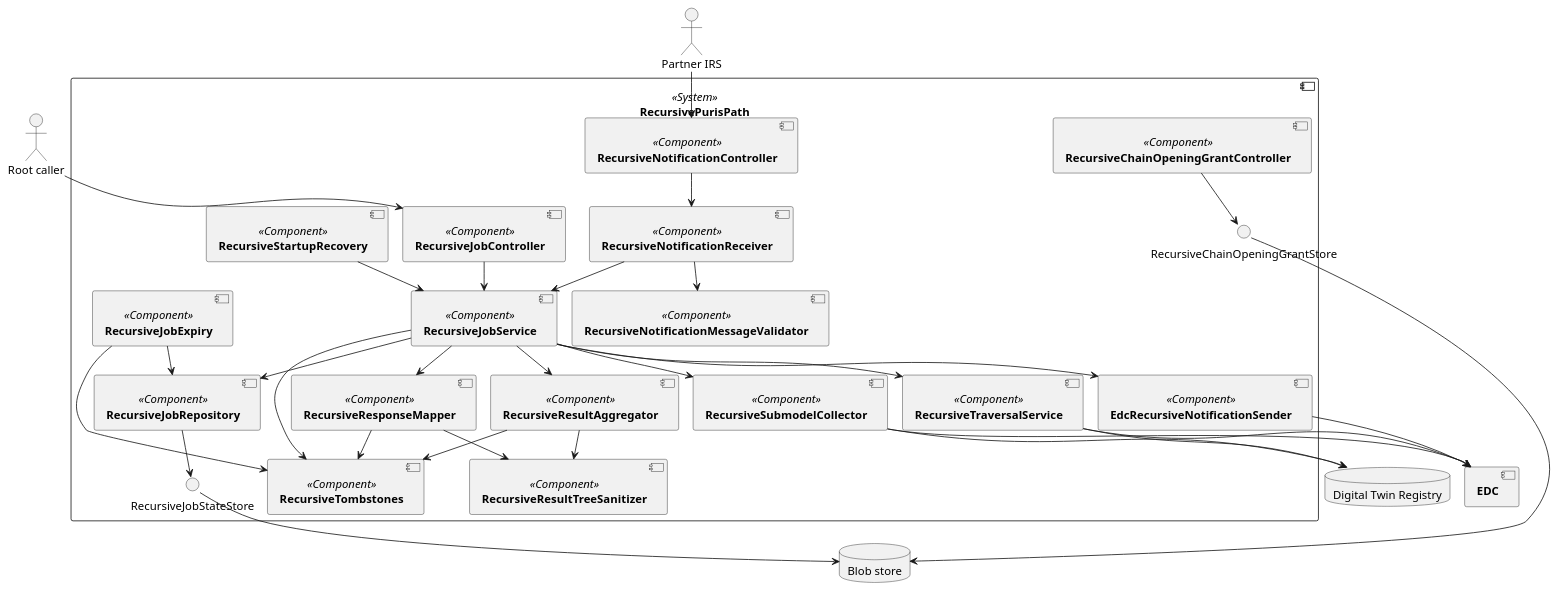
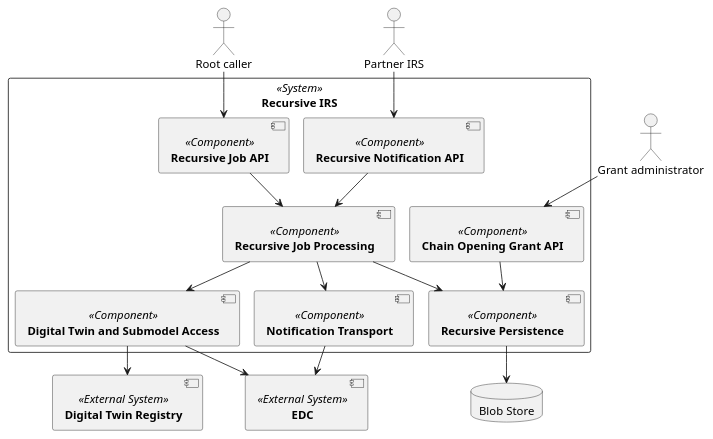
One commit to eclipse-tractusx/item-relationship-service changed the diagram in docs/src/uml-diagrams/building-block-view/level-2-int-recursive-puris.puml. Above: the diagram before and after it, drawn with PlantUML. The commit also changed 11 other files, not shown here.

First line of the commit message:
docs(recursive):[#1607] complete operations and architecture guidance

```diff
--- a/docs/src/uml-diagrams/building-block-view/level-2-int-recursive-puris.puml
+++ b/docs/src/uml-diagrams/building-block-view/level-2-int-recursive-puris.puml
@@ -1,65 +1,42 @@
 @startuml
 !pragma layout smetana
 skinparam monochrome true
 skinparam shadowing false
 skinparam linetype ortho
 skinparam defaultFontName "Architects daughter"
 
-component [**RecursivePurisPath**] <<System>> as RecursivePuris {
-    component [**RecursiveJobController**] <<Component>> as JobController
-    component [**RecursiveChainOpeningGrantController**] <<Component>> as GrantController
-    component [**RecursiveNotificationController**] <<Component>> as NotificationController
-    component [**RecursiveNotificationReceiver**] <<Component>> as NotificationReceiver
-    component [**RecursiveJobService**] <<Component>> as JobService
-    component [**RecursiveJobRepository**] <<Component>> as Repository
-    component [**RecursiveTraversalService**] <<Component>> as Traversal
-    component [**RecursiveSubmodelCollector**] <<Component>> as Collector
-    component [**RecursiveNotificationMessageValidator**] <<Component>> as Validator
-    component [**RecursiveResultAggregator**] <<Component>> as Aggregator
-    component [**RecursiveResponseMapper**] <<Component>> as ResponseMapper
-    component [**RecursiveResultTreeSanitizer**] <<Component>> as Sanitizer
-    component [**RecursiveTombstones**] <<Component>> as Tombstones
-    component [**EdcRecursiveNotificationSender**] <<Component>> as NotificationSender
-    component [**RecursiveJobExpiry**] <<Component>> as Expiry
-    component [**RecursiveStartupRecovery**] <<Component>> as Recovery
-    interface RecursiveJobStateStore
-    interface RecursiveChainOpeningGrantStore
+actor "Root caller" as RootCaller
+actor "Partner IRS" as PartnerIrs
+actor "Grant administrator" as GrantAdministrator
+
+rectangle "Recursive IRS" <<System>> as RecursiveIrs {
+    component [**Recursive Job API**] <<Component>> as JobApi
+    component [**Recursive Notification API**] <<Component>> as NotificationApi
+    component [**Chain Opening Grant API**] <<Component>> as GrantApi
+    component [**Recursive Job Processing**] <<Component>> as JobProcessing
+    component [**Digital Twin and Submodel Access**] <<Component>> as DataAccess
+    component [**Notification Transport**] <<Component>> as NotificationTransport
+    component [**Recursive Persistence**] <<Component>> as Persistence
 }
 
-actor "Root caller" as RootCaller
-actor "Partner IRS" as PartnerIrs
-database "Digital Twin Registry" as DTR
-component [**EDC**] as EDC
-database "Blob store" as BlobStore
+component [**Digital Twin Registry**] <<External System>> as DTR
+component [**EDC**] <<External System>> as EDC
+database "Blob Store" as BlobStore
 
-RootCaller --> JobController
-PartnerIrs --> NotificationController
-JobController --> JobService
-NotificationController --> NotificationReceiver
-NotificationReceiver --> Validator
-NotificationReceiver --> JobService
-GrantController --> RecursiveChainOpeningGrantStore
-JobService --> Repository
-JobService --> Traversal
-JobService --> Collector
-JobService --> Aggregator
-JobService --> NotificationSender
-JobService --> ResponseMapper
-JobService --> Tombstones
-Aggregator --> Sanitizer
-Aggregator --> Tombstones
-ResponseMapper --> Sanitizer
-ResponseMapper --> Tombstones
-Expiry --> Repository
-Expiry --> Tombstones
-Recovery --> JobService
-Repository --> RecursiveJobStateStore
-RecursiveJobStateStore --> BlobStore
-RecursiveChainOpeningGrantStore --> BlobStore
-Traversal --> DTR
-Traversal --> EDC
-Collector --> DTR
-Collector --> EDC
-NotificationSender --> EDC
+RootCaller --> JobApi
+PartnerIrs --> NotificationApi
+GrantAdministrator --> GrantApi
+
+JobApi --> JobProcessing
+NotificationApi --> JobProcessing
+GrantApi --> Persistence
+JobProcessing --> DataAccess
+JobProcessing --> NotificationTransport
+JobProcessing --> Persistence
+
+DataAccess --> DTR
+DataAccess --> EDC
+NotificationTransport --> EDC
+Persistence --> BlobStore
 
 @enduml
```
